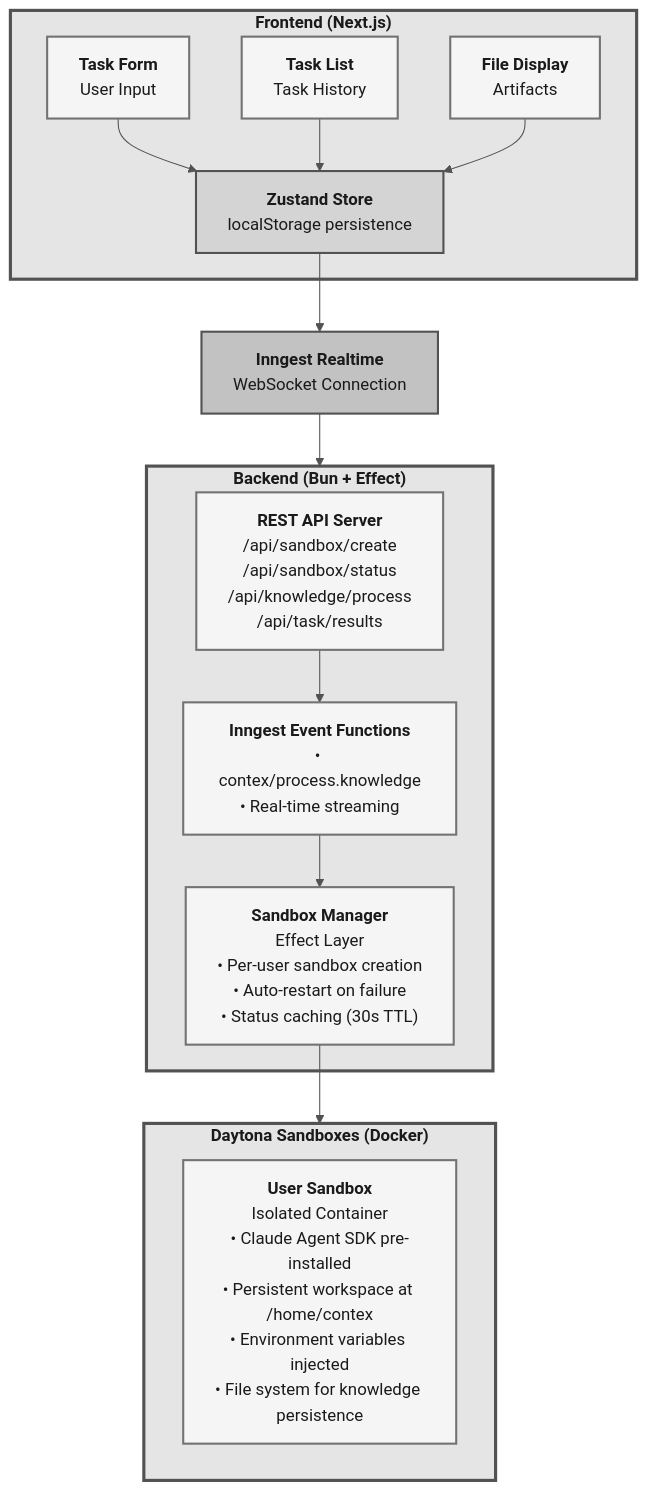
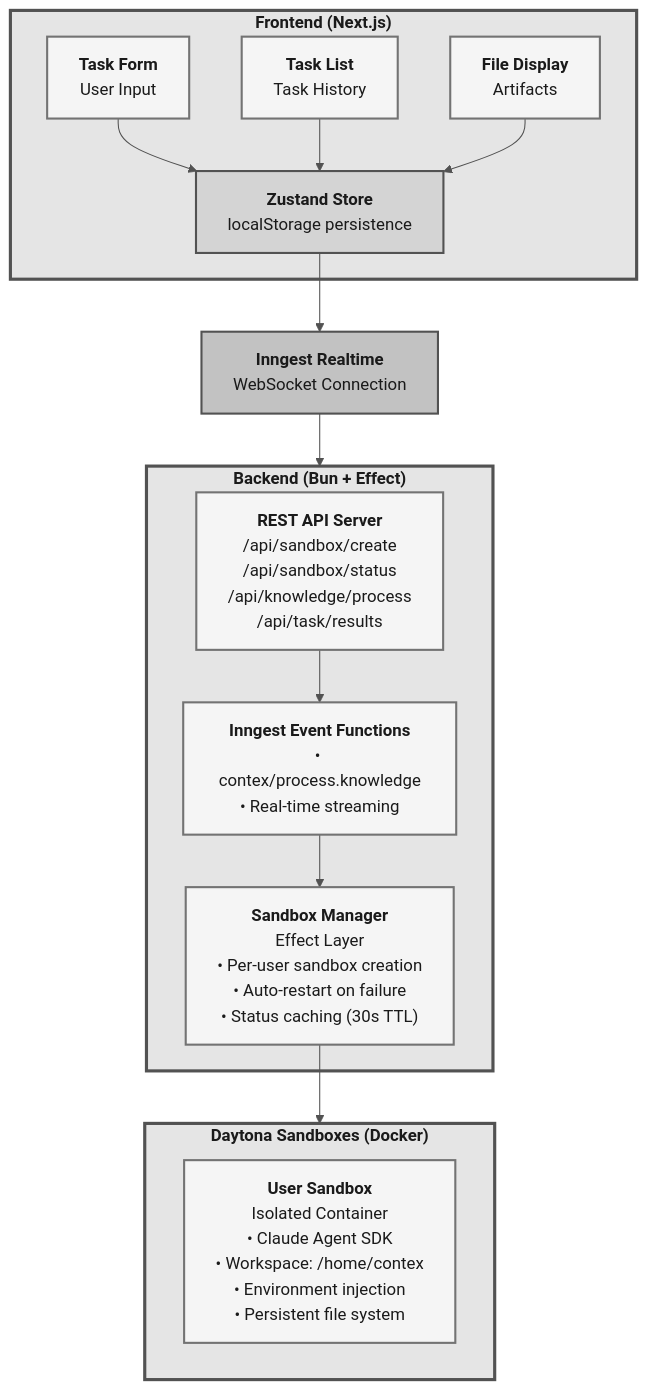
The diagram in README.md (j4redux/contex-comms-autopilot), drawn with Mermaid before and after one commit.

````diff
--- a/README.md
+++ b/README.md
@@ -173,55 +173,55 @@
 ```mermaid
 %%{init: {'theme':'base', 'themeVariables': { 'primaryColor':'#e5e5e5','primaryTextColor':'#1a1a1a','primaryBorderColor':'#525252','lineColor':'#525252','secondaryColor':'#d4d4d4','tertiaryColor':'#f5f5f5','background':'#ffffff','mainBkg':'#e5e5e5','secondBkg':'#d4d4d4','tertiaryBkg':'#f5f5f5','textColor':'#1a1a1a','border1':'#525252','border2':'#737373'}}}%%
 
 graph TB
     subgraph Frontend["<b>Frontend (Next.js)</b>"]
         style Frontend fill:#e5e5e5,stroke:#525252,stroke-width:3px,color:#1a1a1a
         
         TaskForm["<b>Task Form</b><br/>User Input"]
         TaskList["<b>Task List</b><br/>Task History"]
         FileDisplay["<b>File Display</b><br/>Artifacts"]
         
         style TaskForm fill:#f5f5f5,stroke:#737373,stroke-width:2px,color:#1a1a1a
         style TaskList fill:#f5f5f5,stroke:#737373,stroke-width:2px,color:#1a1a1a
         style FileDisplay fill:#f5f5f5,stroke:#737373,stroke-width:2px,color:#1a1a1a
         
         TaskForm --> ZustandStore
         TaskList --> ZustandStore
         FileDisplay --> ZustandStore
         
         ZustandStore["<b>Zustand Store</b><br/>localStorage persistence"]
         style ZustandStore fill:#d4d4d4,stroke:#525252,stroke-width:2px,color:#1a1a1a
     end
     
     ZustandStore --> InngestRealtime
     
     InngestRealtime["<b>Inngest Realtime</b><br/>WebSocket Connection"]
     style InngestRealtime fill:#c2c2c2,stroke:#525252,stroke-width:2px,color:#1a1a1a
     
     InngestRealtime --> Backend
     
     subgraph Backend["<b>Backend (Bun + Effect)</b>"]
         style Backend fill:#e5e5e5,stroke:#525252,stroke-width:3px,color:#1a1a1a
         
         RestAPI["<b>REST API Server</b><br/>/api/sandbox/create<br/>/api/sandbox/status<br/>/api/knowledge/process<br/>/api/task/results"]
         style RestAPI fill:#f5f5f5,stroke:#737373,stroke-width:2px,color:#1a1a1a
         
         InngestFunctions["<b>Inngest Event Functions</b><br/>• contex/process.knowledge<br/>• Real-time streaming"]
         style InngestFunctions fill:#f5f5f5,stroke:#737373,stroke-width:2px,color:#1a1a1a
         
         SandboxManager["<b>Sandbox Manager</b><br/>Effect Layer<br/>• Per-user sandbox creation<br/>• Auto-restart on failure<br/>• Status caching (30s TTL)"]
         style SandboxManager fill:#f5f5f5,stroke:#737373,stroke-width:2px,color:#1a1a1a
         
         RestAPI --> InngestFunctions
         InngestFunctions --> SandboxManager
     end
     
     SandboxManager --> Daytona
     
     subgraph Daytona["<b>Daytona Sandboxes (Docker)</b>"]
         style Daytona fill:#e5e5e5,stroke:#525252,stroke-width:3px,color:#1a1a1a
         
-        UserSandbox["<b>User Sandbox</b><br/>Isolated Container<br/>• Claude Agent SDK pre-installed<br/>• Persistent workspace at /home/contex<br/>• Environment variables injected<br/>• File system for knowledge persistence"]
+        UserSandbox["<b>User Sandbox</b><br/>Isolated Container<br/>• Claude Agent SDK<br/>• Workspace: /home/contex<br/>• Environment injection<br/>• Persistent file system"]
         style UserSandbox fill:#f5f5f5,stroke:#737373,stroke-width:2px,color:#1a1a1a
     end
 ```
````
